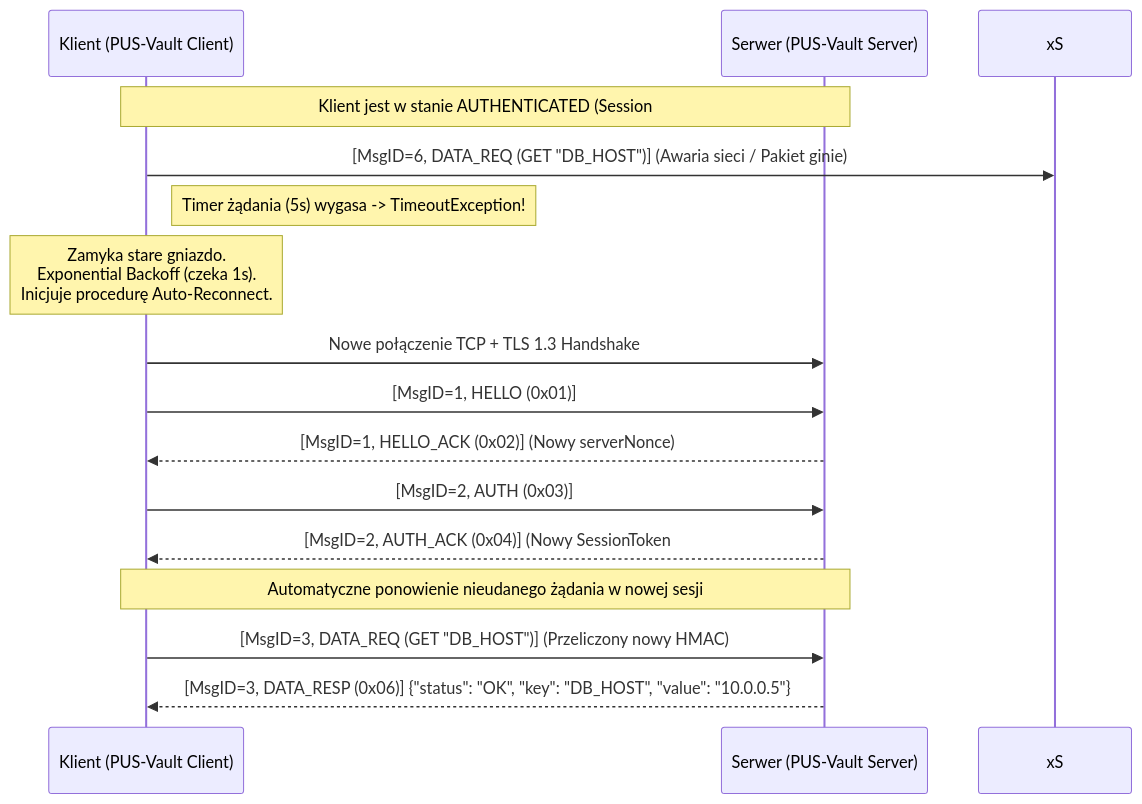
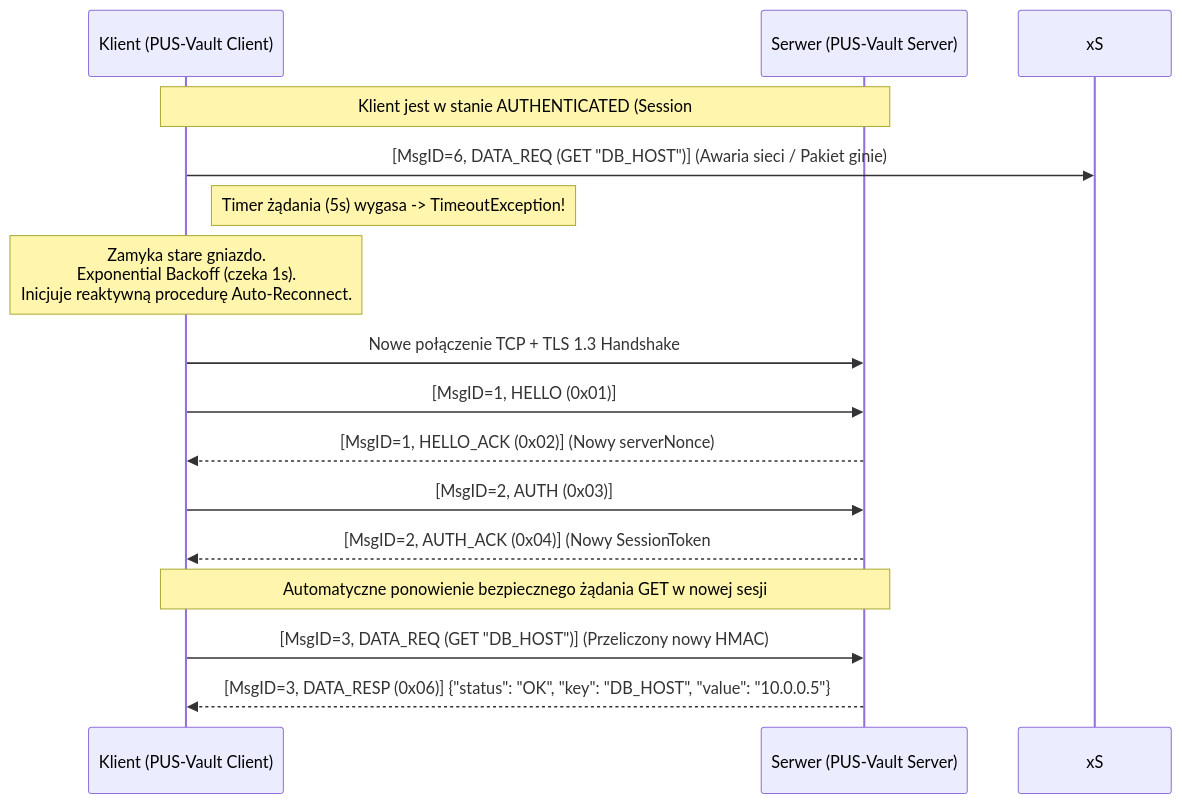
Before and after one commit to zephir-x/pk-pus: the third of 3 diagrams in Assets/specyfikacja.md, drawn with Mermaid. The commit also changed other lines of this file and 2 other files, not shown here.

````diff
--- a/Assets/specyfikacja.md
+++ b/Assets/specyfikacja.md
@@ -478,21 +528,21 @@
 ```mermaid
 sequenceDiagram
     participant C as Klient (PUS-Vault Client)
     participant S as Serwer (PUS-Vault Server)
 
     Note over C,S: Klient jest w stanie AUTHENTICATED (Session #1)
     C->>xS: [MsgID=6, DATA_REQ (GET "DB_HOST")] (Awaria sieci / Pakiet ginie)
     Note right of C: Timer żądania (5s) wygasa -> TimeoutException!
     
-    Note over C: Zamyka stare gniazdo.<br/>Exponential Backoff (czeka 1s).<br/>Inicjuje procedurę Auto-Reconnect.
+    Note over C: Zamyka stare gniazdo.<br/>Exponential Backoff (czeka 1s).<br/>Inicjuje reaktywną procedurę Auto-Reconnect.
     
     C->>S: Nowe połączenie TCP + TLS 1.3 Handshake
     C->>S: [MsgID=1, HELLO (0x01)]
     S-->>C: [MsgID=1, HELLO_ACK (0x02)] (Nowy serverNonce)
     C->>S: [MsgID=2, AUTH (0x03)]
     S-->>C: [MsgID=2, AUTH_ACK (0x04)] (Nowy SessionToken #2 i nowy HmacSecret)
     
-    Note over C,S: Automatyczne ponowienie nieudanego żądania w nowej sesji
+    Note over C,S: Automatyczne ponowienie bezpiecznego żądania GET w nowej sesji
     C->>S: [MsgID=3, DATA_REQ (GET "DB_HOST")] (Przeliczony nowy HMAC)
     S-->>C: [MsgID=3, DATA_RESP (0x06)] {"status": "OK", "key": "DB_HOST", "value": "10.0.0.5"}
 ```
````
